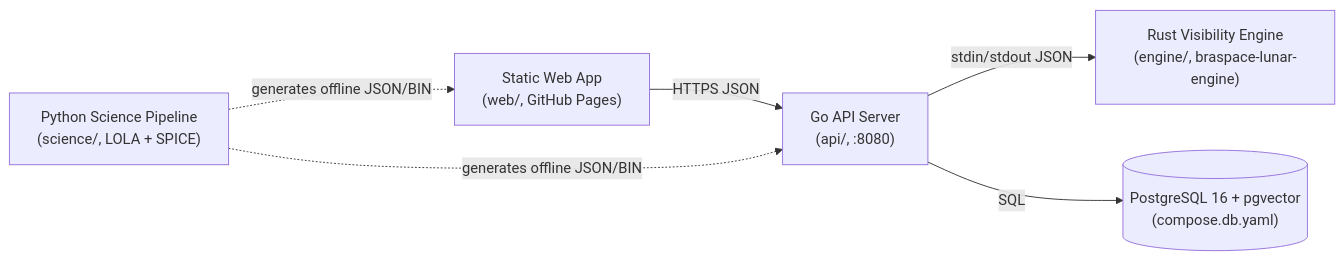
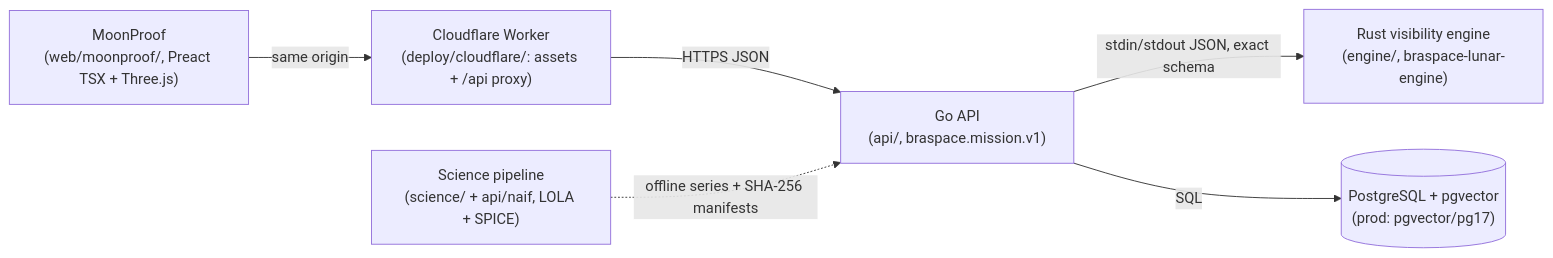
Before and after one commit to Braspace/Braspace: the diagram in README.md, drawn with Mermaid. The commit also changed other lines of this file and 1 other file, not shown here.

First line of the commit message:
docs(readme): current production state (Worker /moonproof/, release 2b62474, same-origin proxy, pgvector quarantine, grid rule, ci-local gate)

````diff
--- a/README.md
+++ b/README.md
@@ -39,8 +40,8 @@
 ```mermaid
 flowchart LR
-    Browser["Static Web App<br/>(web/, GitHub Pages)"] -->|HTTPS JSON| API["Go API Server<br/>(api/, :8080)"]
-    API -->|stdin/stdout JSON| Engine["Rust Visibility Engine<br/>(engine/, braspace-lunar-engine)"]
-    API -->|SQL| DB[("PostgreSQL 16 + pgvector<br/>(compose.db.yaml)")]
-    Science["Python Science Pipeline<br/>(science/, LOLA + SPICE)"] -.->|generates offline JSON/BIN| API
-    Science -.->|generates offline JSON/BIN| Browser
+    Browser["MoonProof<br/>(web/moonproof/, Preact TSX + Three.js)"] -->|same origin| Worker["Cloudflare Worker<br/>(deploy/cloudflare/: assets + /api proxy)"]
+    Worker -->|HTTPS JSON| API["Go API<br/>(api/, braspace.mission.v1)"]
+    API -->|stdin/stdout JSON, exact schema| Engine["Rust visibility engine<br/>(engine/, braspace-lunar-engine)"]
+    API -->|SQL| DB[("PostgreSQL + pgvector<br/>(prod: pgvector/pg17)")]
+    Science["Science pipeline<br/>(science/ + api/naif, LOLA + SPICE)"] -.->|offline series + SHA-256 manifests| API
 ```
````
